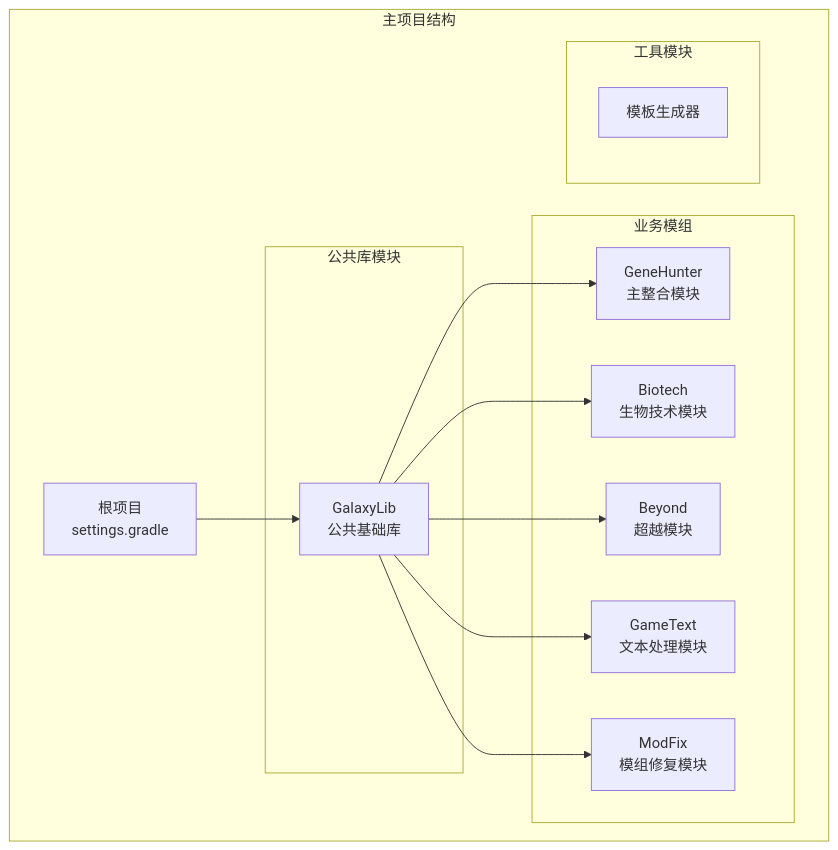
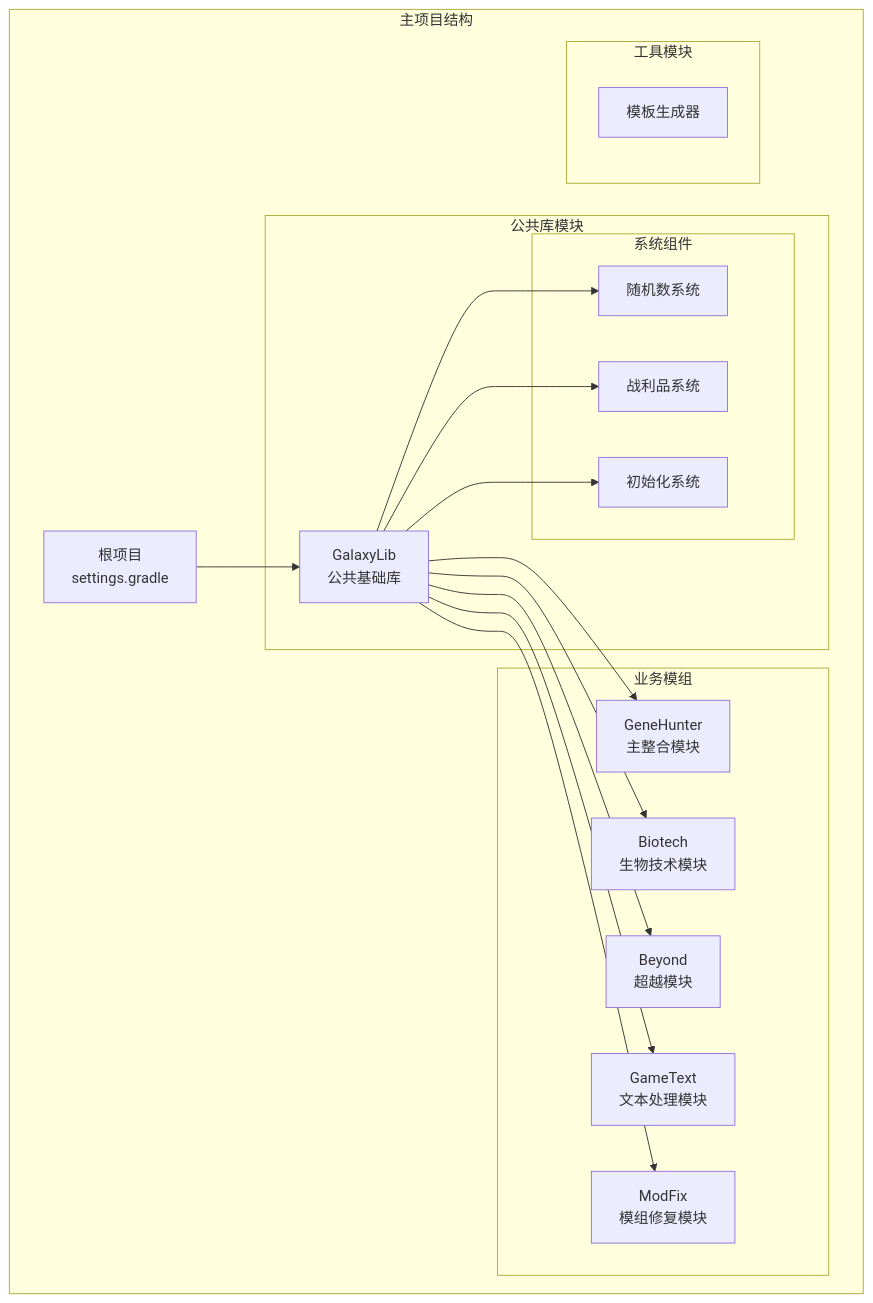
Before and after one commit to Ver-shift/SubModulesGeneHunter: the first of 10 diagrams in .qoder/repowiki/zh/content/模块架构/GalaxyLib公共库模块.md, drawn with Mermaid. The commit also changed other lines of this file and 16 other files, not shown here.

````diff
--- a/.qoder/repowiki/zh/content/模块架构/GalaxyLib公共库模块.md
+++ b/.qoder/repowiki/zh/content/模块架构/GalaxyLib公共库模块.md
@@ -58,25 +71,33 @@
 ```mermaid
 graph TB
 subgraph "主项目结构"
 Root[根项目<br/>settings.gradle]
 subgraph "公共库模块"
 GalaxyLib[GalaxyLib<br/>公共基础库]
+subgraph "系统组件"
+RandomSystem[随机数系统]
+LootSystem[战利品系统]
+InitSystem[初始化系统]
+end
 end
 subgraph "业务模组"
 GeneHunter[GeneHunter<br/>主整合模块]
 Biotech[Biotech<br/>生物技术模块]
 Beyond[Beyond<br/>超越模块]
 GameText[GameText<br/>文本处理模块]
 ModFix[ModFix<br/>模组修复模块]
 end
 subgraph "工具模块"
 Template[模板生成器]
 end
 end
 Root --> GalaxyLib
 GalaxyLib --> GeneHunter
 GalaxyLib --> Biotech
 GalaxyLib --> Beyond
 GalaxyLib --> GameText
 GalaxyLib --> ModFix
+GalaxyLib --> RandomSystem
+GalaxyLib --> LootSystem
+GalaxyLib --> InitSystem
 ```
````
